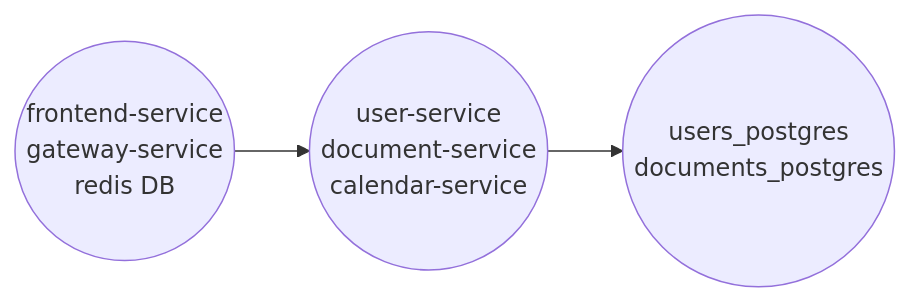
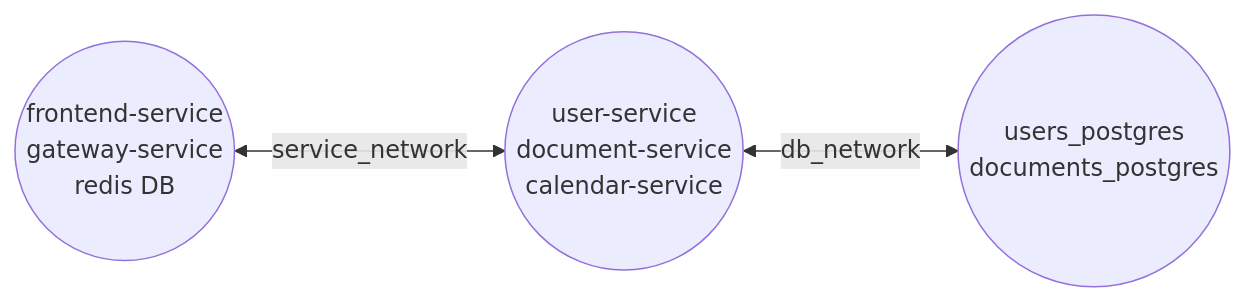
The diagram in deploy/README.md (samgozman/validity.red), drawn with Mermaid before and after one commit.

Commit message:
Add network to the scheme

````diff
--- a/deploy/README.md
+++ b/deploy/README.md
@@ -5,6 +5,6 @@
 ```mermaid
 graph LR
     A((frontend-service <br/> gateway-service <br/> redis DB <br/>))
-    A-->B((user-service <br/> document-service <br/> calendar-service <br/>))
-    B-->C((users_postgres <br/> documents_postgres <br/>))
+    A<--> |service_network| B((user-service <br/> document-service <br/> calendar-service <br/>))
+    B<--> |db_network| C((users_postgres <br/> documents_postgres <br/>))
 ```
````
